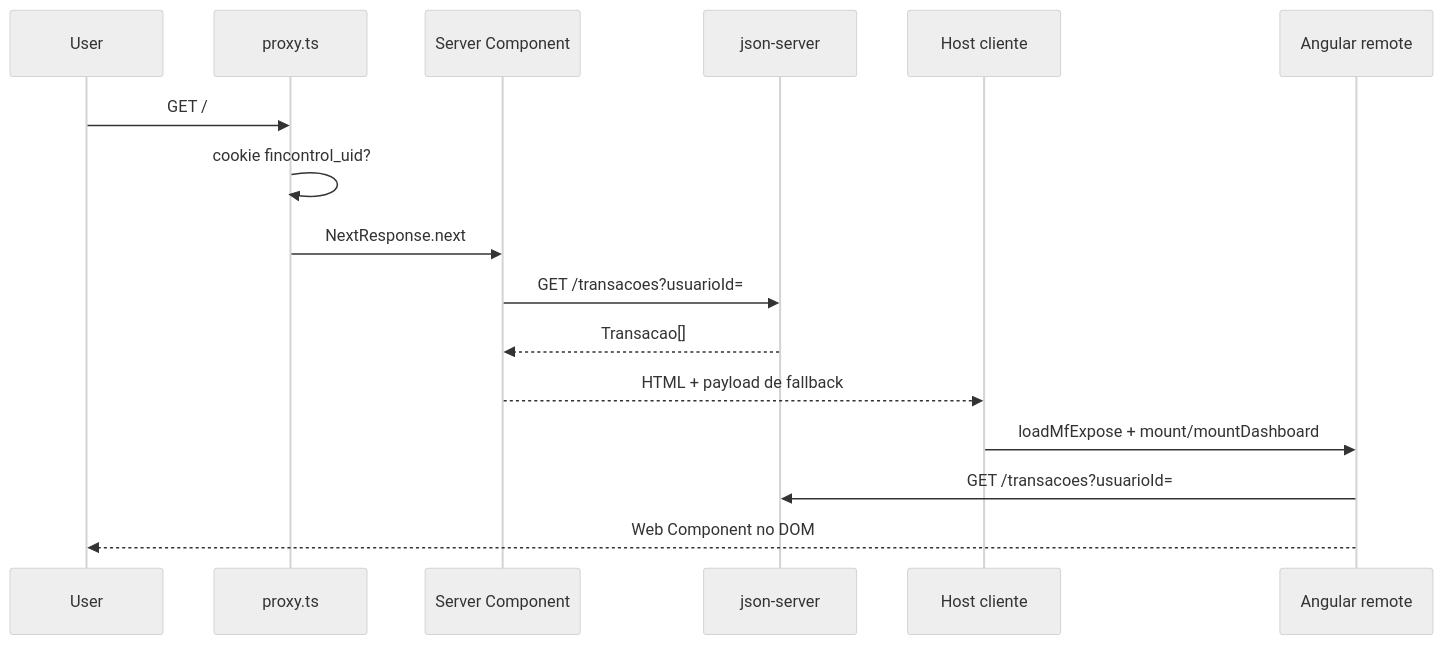
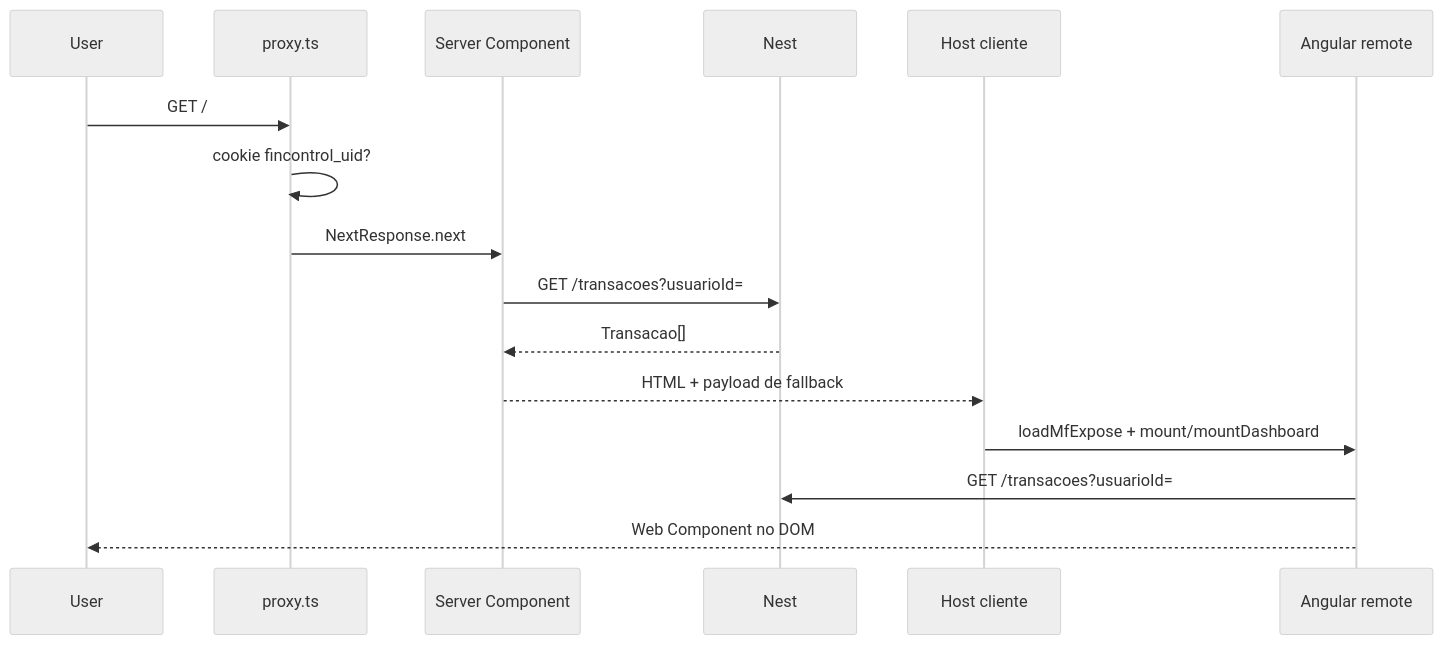
Before and after one commit to PedroMissaglia/financial-control: the second of 5 diagrams in ARQUITETURA.md, drawn with Mermaid (neutral theme). The commit also changed other lines of this file and 11 other files, not shown here.

Commit message:
fix: ajustes de docker removendo json-server

````diff
--- a/ARQUITETURA.md
+++ b/ARQUITETURA.md
@@ -63,19 +66,19 @@
 ```mermaid
 sequenceDiagram
   participant User
   participant Proxy as proxy.ts
   participant RSC as Server Component
-  participant API as json-server
+  participant API as Nest
   participant Client as Host cliente
   participant MF as Angular remote
 
   User->>Proxy: GET /
   Proxy->>Proxy: cookie fincontrol_uid?
   Proxy->>RSC: NextResponse.next
   RSC->>API: GET /transacoes?usuarioId=
   API-->>RSC: Transacao[]
   RSC-->>Client: HTML + payload de fallback
   Client->>MF: loadMfExpose + mount/mountDashboard
   MF->>API: GET /transacoes?usuarioId=
   MF-->>User: Web Component no DOM
 ```
````
